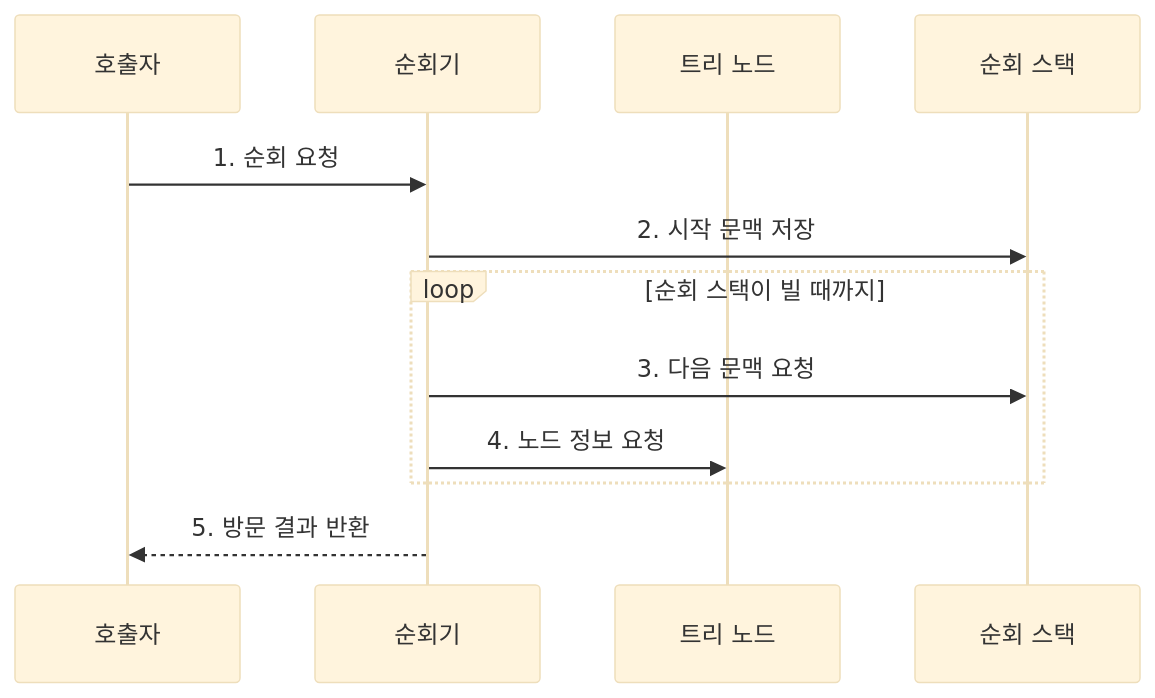
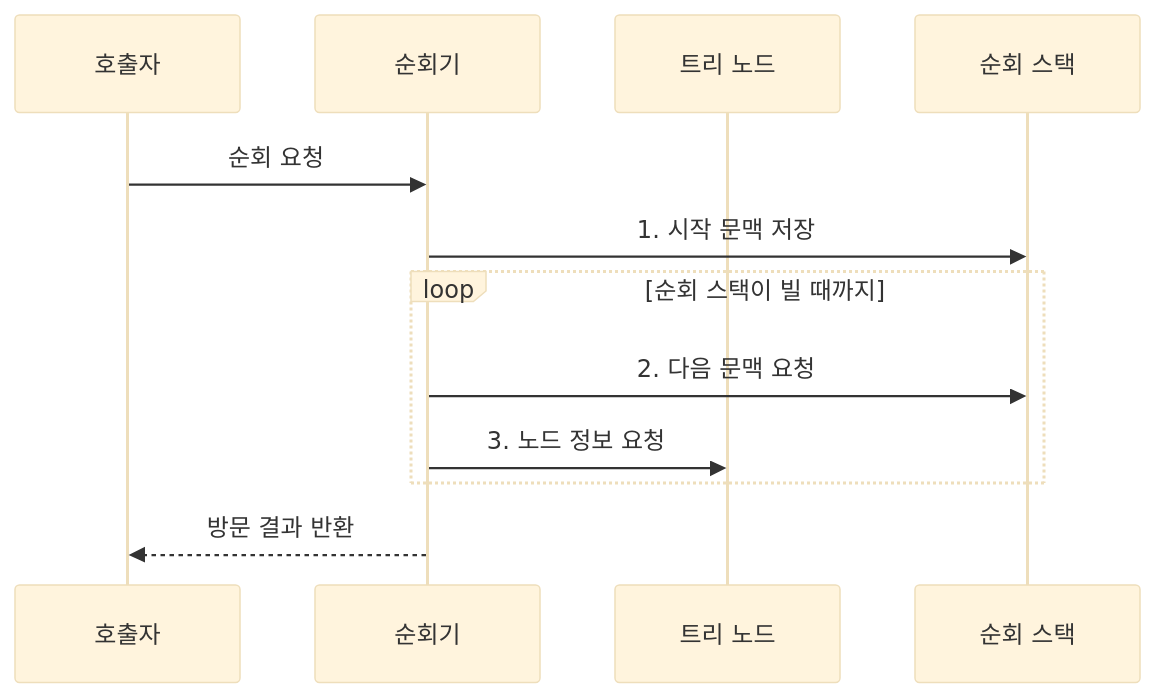
The second of 2 diagrams in src/content/docs/notes/01-basic-theory/009_binary_tree_traversal.md (agnusdei1207/knowledge-base), drawn with Mermaid (base theme) before and after one commit. The commit also changed other lines of this file and 17 other files, not shown here.

````diff
--- a/src/content/docs/notes/01-basic-theory/009_binary_tree_traversal.md
+++ b/src/content/docs/notes/01-basic-theory/009_binary_tree_traversal.md
@@ -86,14 +86,14 @@
 ```mermaid
 sequenceDiagram
     participant Q as 호출자
     participant V as 순회기
     participant N as 트리 노드
     participant S as 순회 스택
-    Q->>V: 1. 순회 요청
-    V->>S: 2. 시작 문맥 저장
+    Q->>V: 순회 요청
+    V->>S: 1. 시작 문맥 저장
     loop 순회 스택이 빌 때까지
-        V->>S: 3. 다음 문맥 요청
-        V->>N: 4. 노드 정보 요청
+        V->>S: 2. 다음 문맥 요청
+        V->>N: 3. 노드 정보 요청
     end
-    V-->>Q: 5. 방문 결과 반환
+    V-->>Q: 방문 결과 반환
 ```
````
